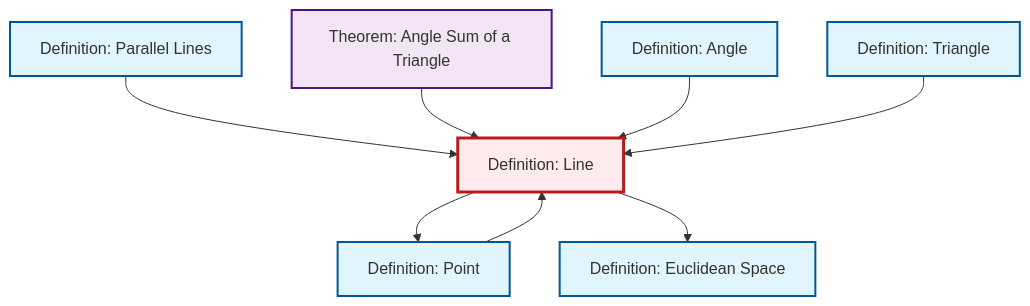
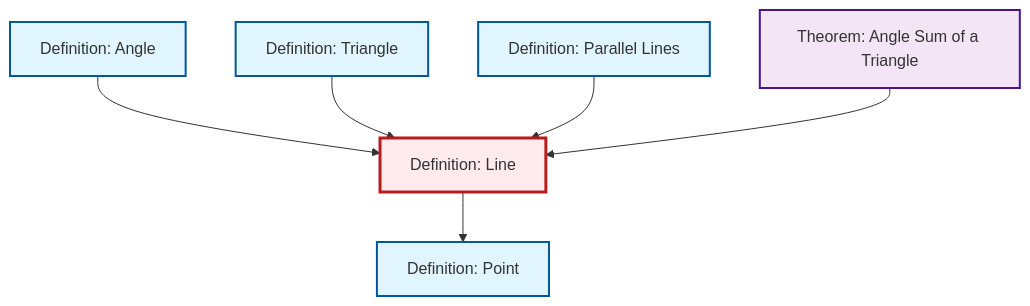
One commit to RK0429/ModernMath changed the diagram in content/en/geometry/def-line.qmd. Above: the diagram before and after it, drawn with Mermaid. The commit also changed 511 other files, not shown here.

````diff
--- a/content/en/geometry/def-line.qmd
+++ b/content/en/geometry/def-line.qmd
@@ -45,31 +45,21 @@
 ```{mermaid}
 %%| fig-cap: "Local dependency graph"
 graph TD
     classDef definition fill:#e1f5fe,stroke:#01579b,stroke-width:2px
     classDef theorem fill:#f3e5f5,stroke:#4a148c,stroke-width:2px
     classDef axiom fill:#fff3e0,stroke:#e65100,stroke-width:2px
     classDef example fill:#e8f5e9,stroke:#1b5e20,stroke-width:2px
     classDef current fill:#ffebee,stroke:#b71c1c,stroke-width:3px
+    def-angle["Definition: Angle"]:::definition
     thm-angle-sum-triangle["Theorem: Angle Sum of a Triangle"]:::theorem
+    def-point["Definition: Point"]:::definition
+    def-parallel["Definition: Parallel Lines"]:::definition
+    def-line["Definition: Line"]:::definition
     def-triangle["Definition: Triangle"]:::definition
-    def-angle["Definition: Angle"]:::definition
-    def-parallel["Definition: Parallel Lines"]:::definition
-    def-euclidean-space["Definition: Euclidean Space"]:::definition
-    def-point["Definition: Point"]:::definition
-    def-line["Definition: Line"]:::definition
+    def-angle --> def-line
+    def-line --> def-point
+    def-triangle --> def-line
     def-parallel --> def-line
-    def-point --> def-line
     thm-angle-sum-triangle --> def-line
-    def-line --> def-point
-    def-angle --> def-line
-    def-line --> def-euclidean-space
-    def-triangle --> def-line
     class def-line current
-
-    click thm-angle-sum-triangle "thm-angle-sum-triangle.html" "Go to Angle Sum of a Triangle theorem"
-    click def-triangle "def-triangle.html" "Go to Triangle definition"
-    click def-angle "def-angle.html" "Go to Angle definition"
-    click def-parallel "def-parallel.html" "Go to Parallel Lines definition"
-    click def-euclidean-space "def-euclidean-space.html" "Go to Euclidean Space definition"
-    click def-point "def-point.html" "Go to Point definition"
 ```
````
